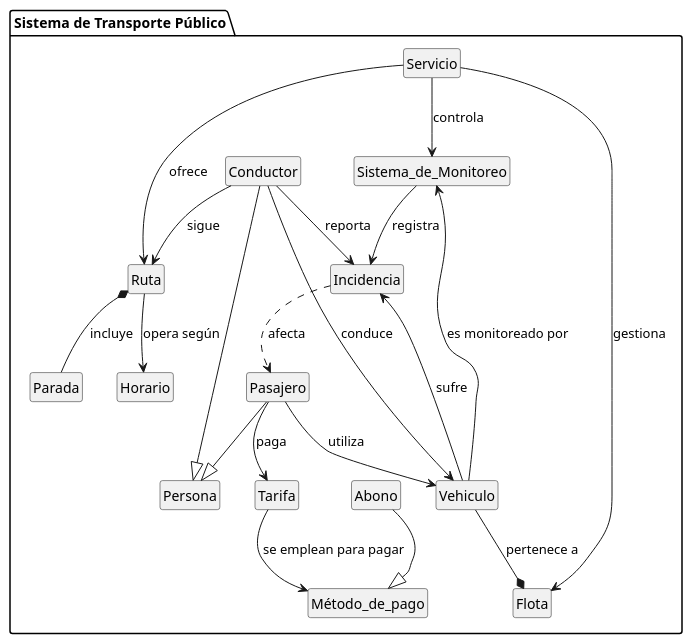
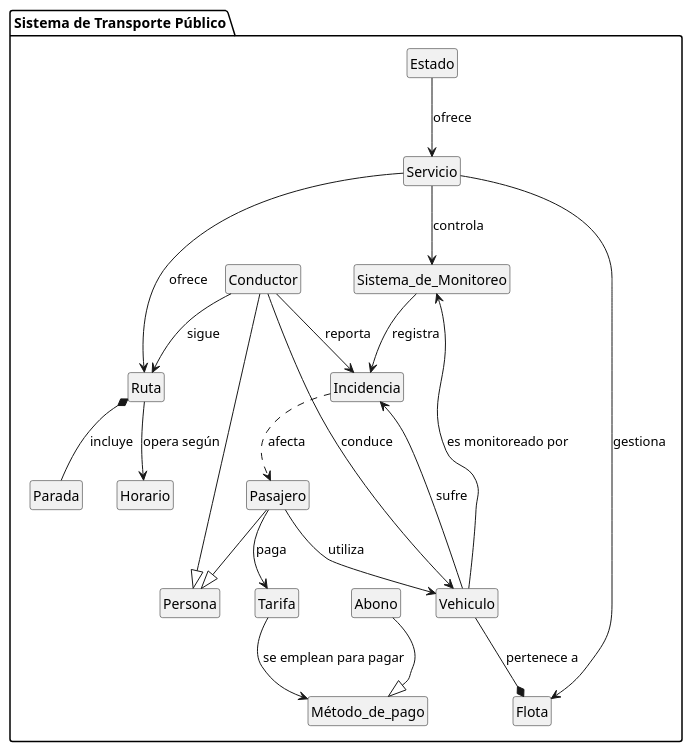
Before and after one commit to Ingenieria-Informatica-UNEATLANTICO/app-actividad-post-parcial-Dievex: the diagram in modelosUML/ModeloDeDominioActualizado/DiagramaDeClasesActualizado.puml, drawn with PlantUML. The commit also changed 2 other files, not shown here.

```diff
--- a/modelosUML/ModeloDeDominioActualizado/DiagramaDeClasesActualizado.puml
+++ b/modelosUML/ModeloDeDominioActualizado/DiagramaDeClasesActualizado.puml
@@ -1,37 +1,38 @@
 @startuml DiagramaDeClasesLegibleSinTicket
 
 hide circle
 hide empty members
 
 package "Sistema de Transporte Público" {
  
+    Estado --> Servicio: "ofrece"
     Servicio --> Ruta : "ofrece"
     Servicio --> Flota : "gestiona"
     Servicio --> Sistema_de_Monitoreo : "controla"
     
     Ruta --> Horario : "opera según"
     Ruta *-- Parada : "incluye"
     
     Vehiculo --* Flota : "pertenece a"
     Vehiculo --> Incidencia : "sufre"
     Vehiculo --> Sistema_de_Monitoreo : "es monitoreado por"
     
     Sistema_de_Monitoreo --> Incidencia : "registra"
     
     Conductor --> Ruta : "sigue"
     Conductor --> Vehiculo : "conduce"
     Conductor --|> Persona
     Conductor --> Incidencia : "reporta"
 
     Pasajero --> Vehiculo : "utiliza"
     Pasajero --|> Persona
     Pasajero --> Tarifa : "paga"
 
     Incidencia ..> Pasajero : "afecta"
 
     Tarifa --> Método_de_pago : "se emplean para pagar"
     Abono --|> Método_de_pago
 
 }
 
 @enduml
```
